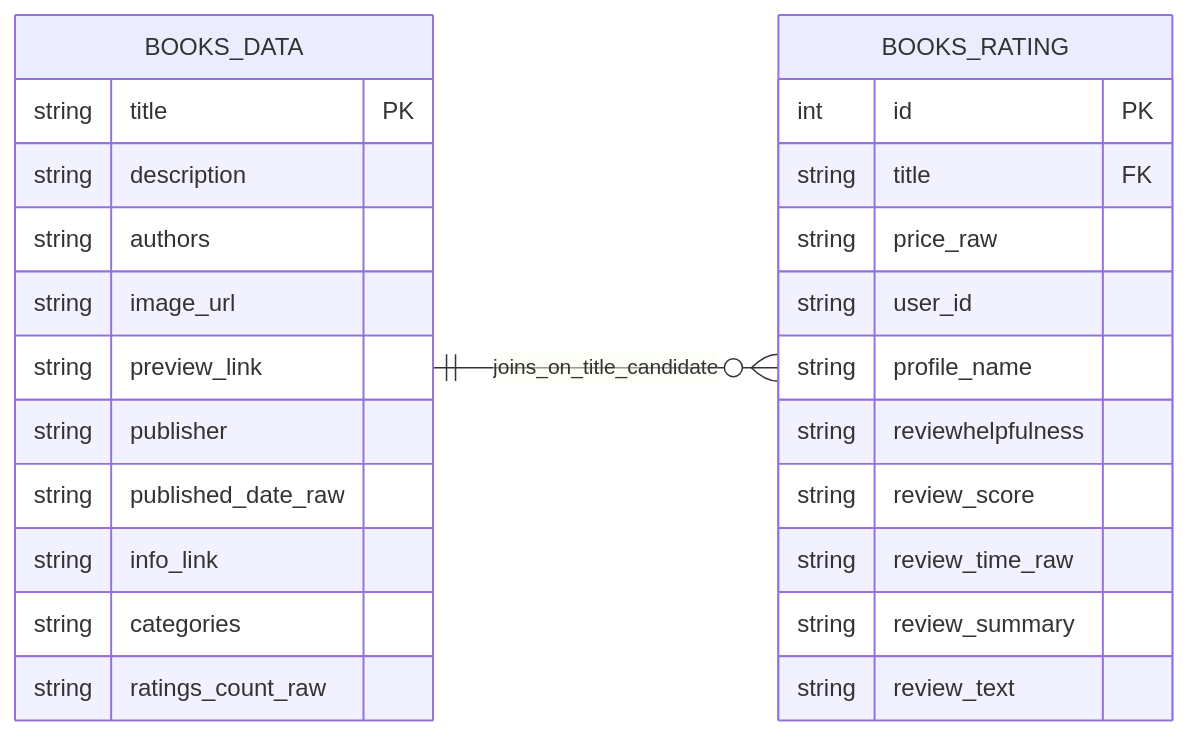
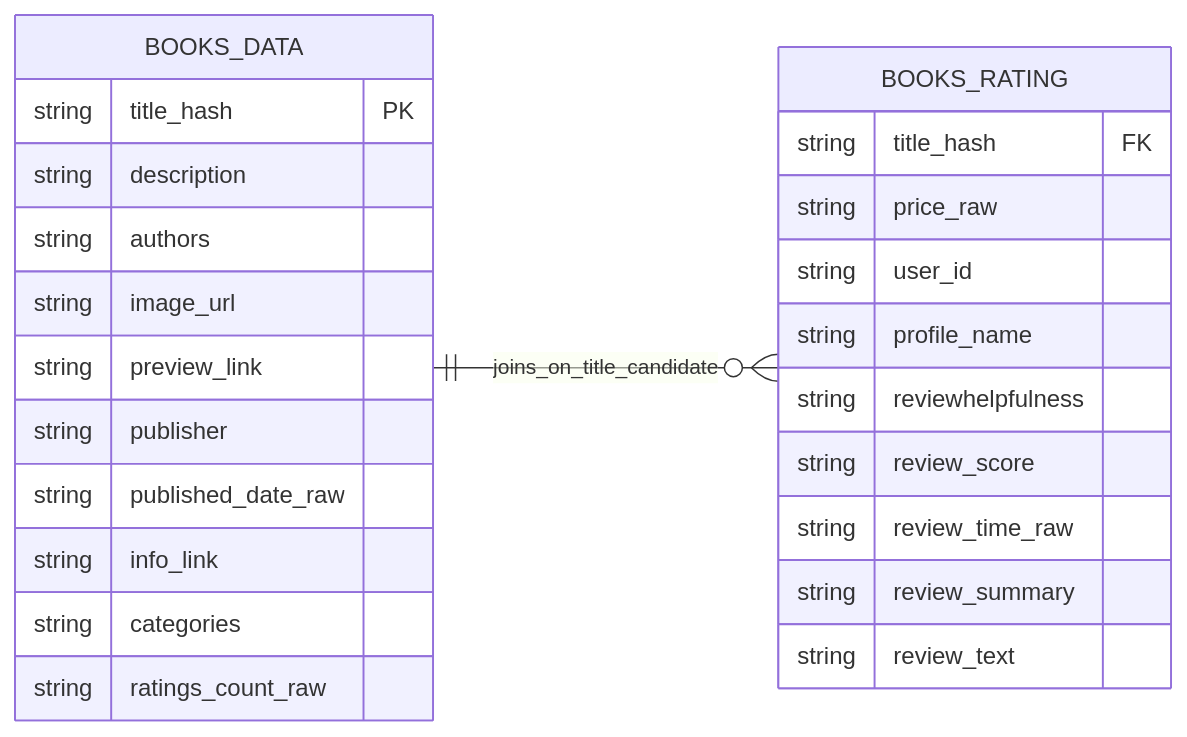
Before and after one commit to dui-w-moonrin/amazon-books-de-analytics-ml-pipeline: the diagram in README_EN.md, drawn with Mermaid. The commit also changed other lines of this file and 1 other file, not shown here.

````diff
--- a/README_EN.md
+++ b/README_EN.md
@@ -70,31 +97,30 @@
 ```mermaid
 erDiagram
     Direction LR
     BOOKS_DATA ||--o{ BOOKS_RATING : joins_on_title_candidate
 
     BOOKS_DATA {
-        string title PK
+        string title_hash PK
         string description
         string authors
         string image_url
         string preview_link
         string publisher
         string published_date_raw
         string info_link
         string categories
         string ratings_count_raw
     }
 
     BOOKS_RATING {
-        int id PK
-        string title FK
+        string title_hash FK
         string price_raw
         string user_id
         string profile_name
         string reviewhelpfulness
         string review_score
         string review_time_raw
         string review_summary
         string review_text
     }
 ```
````
